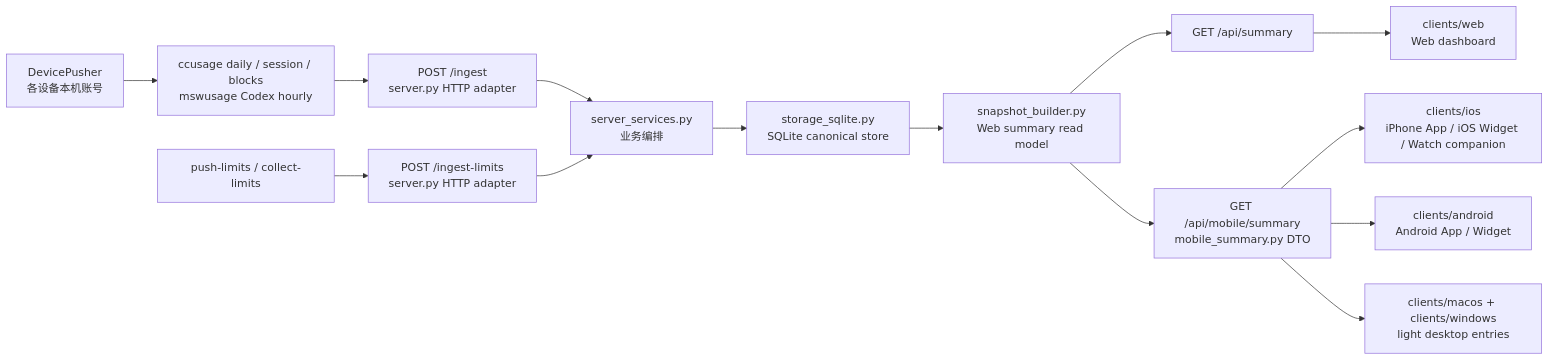
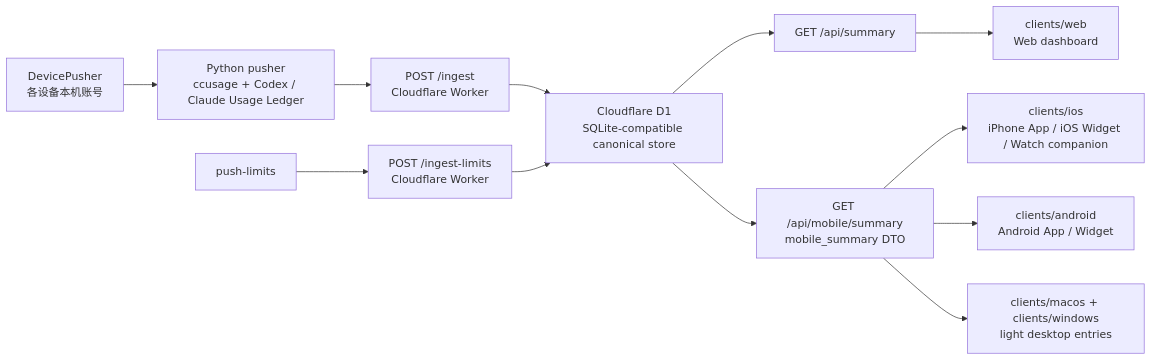
The diagram in docs/architecture/architecture.md (Moshuiwang/aiusage), drawn with Mermaid before and after one commit. The commit also changed other lines of this file and 49 other files, not shown here.

Commit message:
修复用量趋势重复累计并提交 Usage Ledger 更新

````diff
--- a/docs/architecture/architecture.md
+++ b/docs/architecture/architecture.md
@@ -19,16 +18,14 @@
 ```mermaid
 flowchart LR
-    device["DevicePusher<br/>各设备本机账号"] --> collect["ccusage daily / session / blocks<br/>mswusage Codex hourly"]
-    collect --> ingest["POST /ingest<br/>server.py HTTP adapter"]
-    limits["push-limits / collect-limits"] --> ingestLimits["POST /ingest-limits<br/>server.py HTTP adapter"]
-    ingest --> services["server_services.py<br/>业务编排"]
-    ingestLimits --> services
-    services --> storage["storage_sqlite.py<br/>SQLite canonical store"]
-    storage --> snapshot["snapshot_builder.py<br/>Web summary read model"]
-    snapshot --> webApi["GET /api/summary"]
-    snapshot --> mobileApi["GET /api/mobile/summary<br/>mobile_summary.py DTO"]
+    device["DevicePusher<br/>各设备本机账号"] --> collect["Python pusher<br/>ccusage + Codex / Claude Usage Ledger"]
+    collect --> ingest["POST /ingest<br/>Cloudflare Worker"]
+    limits["push-limits"] --> ingestLimits["POST /ingest-limits<br/>Cloudflare Worker"]
+    ingest --> d1["Cloudflare D1<br/>SQLite-compatible canonical store"]
+    ingestLimits --> d1
+    d1 --> webApi["GET /api/summary"]
+    d1 --> mobileApi["GET /api/mobile/summary<br/>mobile_summary DTO"]
     webApi --> dashboard["clients/web<br/>Web dashboard"]
     mobileApi --> iphone["clients/ios<br/>iPhone App / iOS Widget / Watch companion"]
     mobileApi --> android["clients/android<br/>Android App / Widget"]
     mobileApi --> desktop["clients/macos + clients/windows<br/>light desktop entries"]
 ```
````
